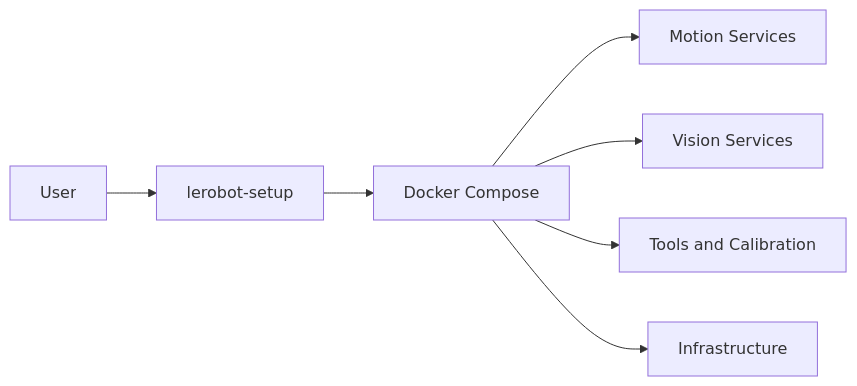
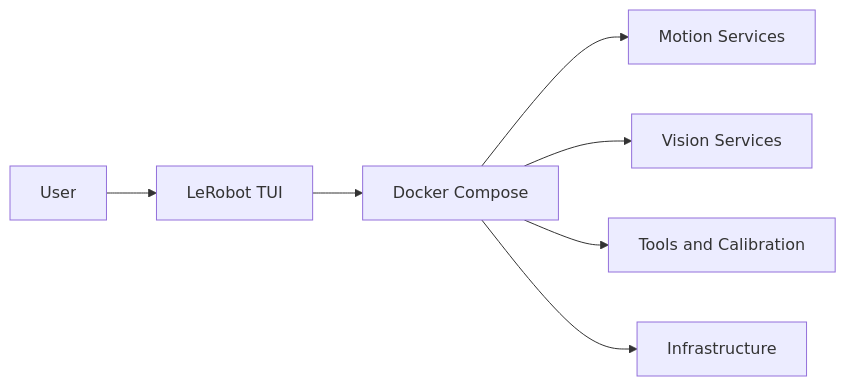
The fourth of 4 diagrams in docs/architecture.md (KevinEppacher/lerobot_ros2), drawn with Mermaid before and after one commit. The commit also changed other lines of this file and 12 other files, not shown here.

````diff
--- a/docs/architecture.md
+++ b/docs/architecture.md
@@ -236,11 +236,11 @@
 ```mermaid
 flowchart LR
-    User["User"] --> TUI["lerobot-setup"]
+    User["User"] --> TUI["LeRobot TUI"]
 
     TUI --> Compose["Docker Compose"]
 
     Compose --> Motion["Motion Services"]
     Compose --> Vision["Vision Services"]
     Compose --> Tools["Tools and Calibration"]
     Compose --> Infrastructure["Infrastructure"]
 ```
````
